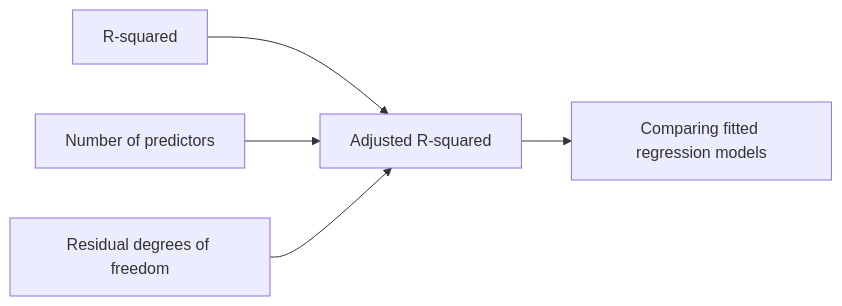
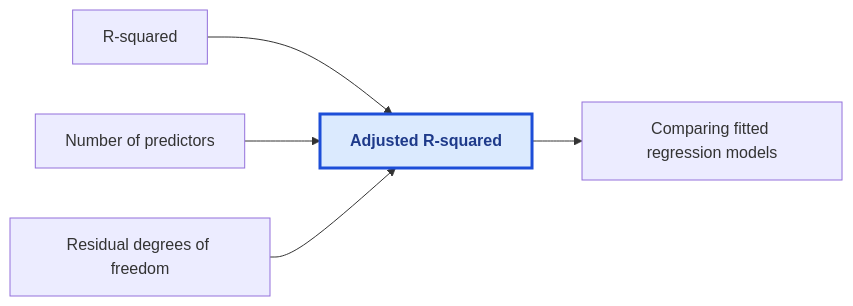
One commit to ilwon-seo/terms changed the diagram in A/Adjusted R-squared.md. Above: the diagram before and after it, drawn with Mermaid. The commit also changed 18 other files, not shown here.

Commit message:
Standardize current-term Mermaid styling

````diff
--- a/A/Adjusted R-squared.md
+++ b/A/Adjusted R-squared.md
@@ -68,9 +68,11 @@
 ```mermaid
 flowchart LR
   r2["R-squared"] --> adjusted["Adjusted R-squared"]
   predictors["Number of predictors"]
   df["Residual degrees of freedom"]
   predictors --> adjusted
   df --> adjusted
   adjusted --> compare["Comparing fitted regression models"]
+  classDef currentTerm fill:#dbeafe,stroke:#1d4ed8,stroke-width:3px,color:#1e3a8a,font-weight:bold
+  class adjusted currentTerm
 ```
````
